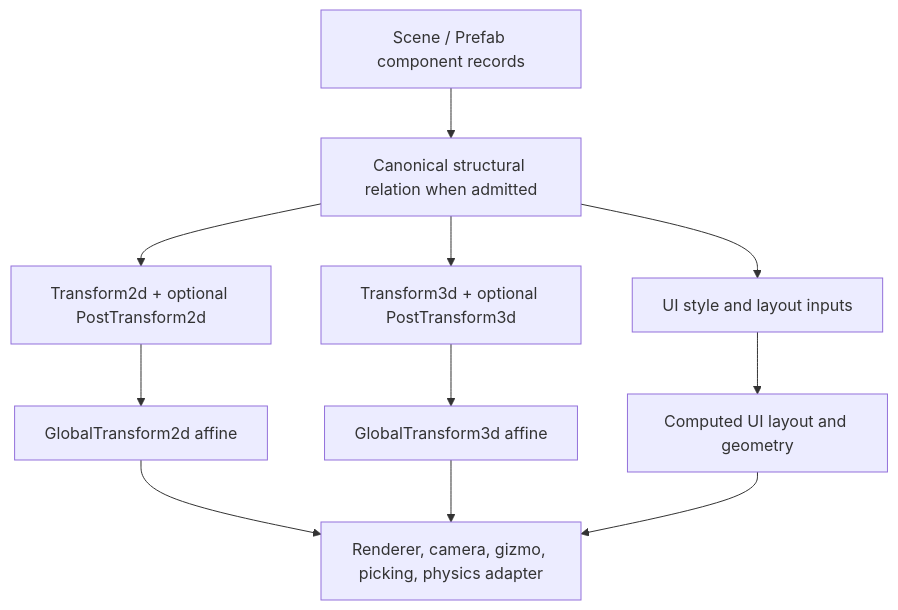
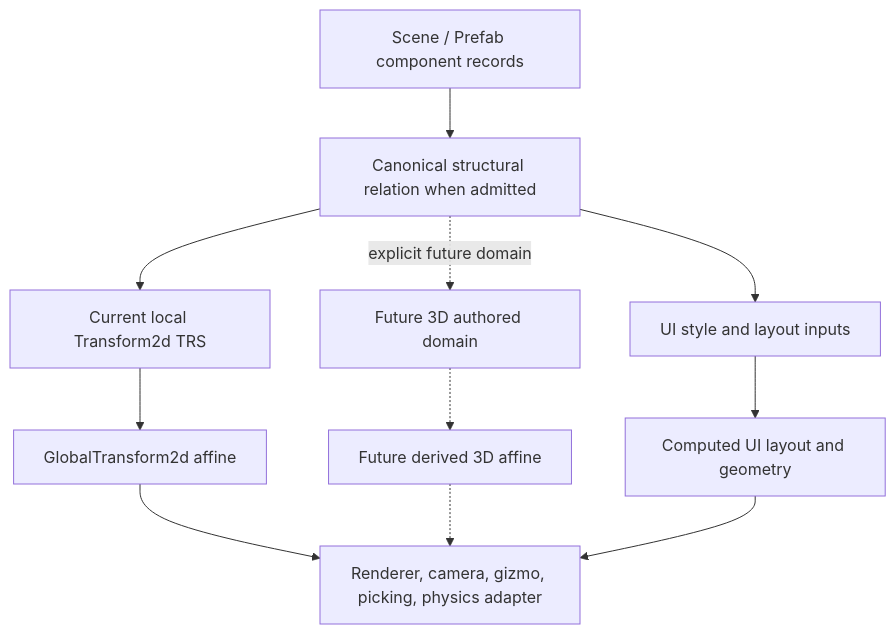
The diagram in docs/architecture/adr/0097-future-capable-2d-3d-spatial-transform-model.md (Latias94/nara), drawn with Mermaid before and after one commit. The commit also changed other lines of this file and 5 other files, not shown here.

Commit message:
docs(architecture): separate accepted invariants from future representations

````diff
--- a/docs/architecture/adr/0097-future-capable-2d-3d-spatial-transform-model.md
+++ b/docs/architecture/adr/0097-future-capable-2d-3d-spatial-transform-model.md
@@ -62,17 +56,19 @@
 ```mermaid
 flowchart TD
     Document[Scene / Prefab component records]
     Structure[Canonical structural relation when admitted]
-    T2[Transform2d + optional PostTransform2d]
-    T3[Transform3d + optional PostTransform3d]
+    T2[Current local Transform2d TRS]
+    T3[Future 3D authored domain]
     UI[UI style and layout inputs]
     G2[GlobalTransform2d affine]
-    G3[GlobalTransform3d affine]
+    G3[Future derived 3D affine]
     UILayout[Computed UI layout and geometry]
     Consumer[Renderer, camera, gizmo, picking, physics adapter]
 
     Document --> Structure
     Structure --> T2 --> G2 --> Consumer
-    Structure --> T3 --> G3 --> Consumer
+    Structure -. explicit future domain .-> T3
+    T3 -.-> G3
+    G3 -.-> Consumer
     Structure --> UI --> UILayout --> Consumer
 ```
````
